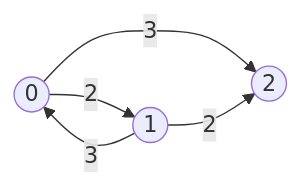
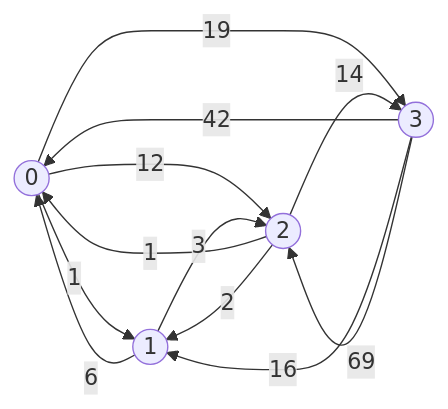
Before and after one commit to Guignet/Graph-Maid: the diagram in src/Graph.md, drawn with Mermaid. The commit also changed 4 other files, not shown here.

````diff
--- a/src/Graph.md
+++ b/src/Graph.md
@@ -1,10 +1,18 @@
 ```mermaid
 graph LR
 A((0))
 B((1))
 C((2))
-A -->|2| B
-A -->|3| C
-B -->|3| A
-B -->|2| C
+D((3))
+A -->|1| B
+A -->|12| C
+A -->|19| D
+B -->|6| A
+B -->|3| C
+C -->|1| A
+C -->|2| B
+C -->|14| D
+D -->|42| A
+D -->|16| B
+D -->|69| C
 ```
````
